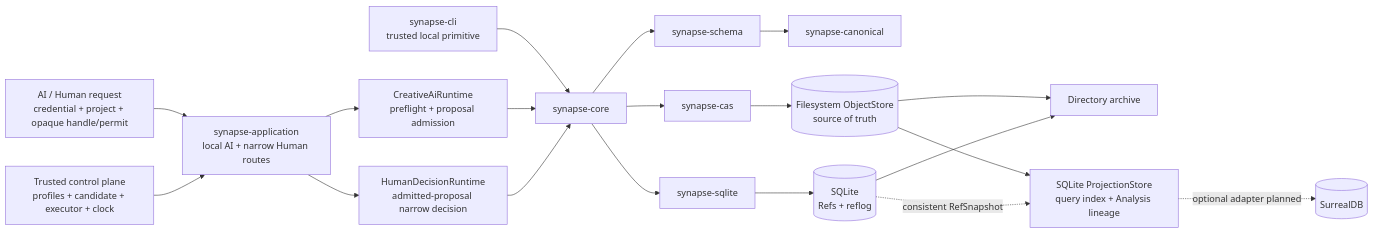
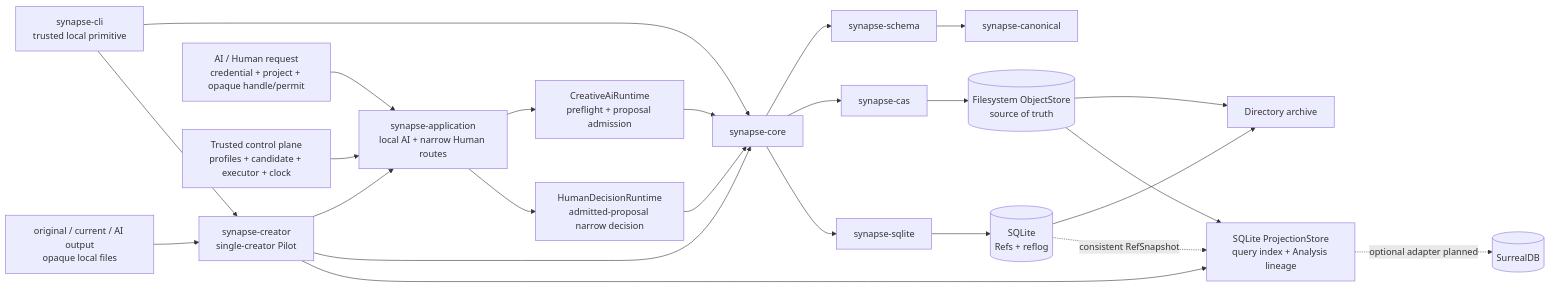
Before and after one commit to howlrs/synapsegit: the second of 2 diagrams in README.md, drawn with Mermaid. The commit also changed other lines of this file and 16 other files, not shown here.

Commit message:
feat: add local creator pilot workflow

````diff
--- a/README.md
+++ b/README.md
@@ -182,21 +231,26 @@
 ```mermaid
 flowchart LR
     CLI["synapse-cli<br/>trusted local primitive"] --> Core[synapse-core]
+    Files["original / current / AI output<br/>opaque local files"] --> Creator["synapse-creator<br/>single-creator Pilot"]
+    CLI --> Creator
     Request["AI / Human request<br/>credential + project + opaque handle/permit"] --> App["synapse-application<br/>local AI + narrow Human routes"]
     Control["Trusted control plane<br/>profiles + candidate + executor + clock"] --> App
+    Creator --> App
+    Creator --> Core
     App --> AIRuntime["CreativeAiRuntime<br/>preflight + proposal admission"]
     App --> HRuntime["HumanDecisionRuntime<br/>admitted-proposal narrow decision"]
     AIRuntime --> Core
     HRuntime --> Core
     Core --> Schema[synapse-schema]
     Schema --> Canon[synapse-canonical]
     Core --> Store[synapse-cas]
     Core --> Refs[synapse-sqlite]
     Store --> CAS[("Filesystem ObjectStore<br/>source of truth")]
     Refs --> DB[("SQLite<br/>Refs + reflog")]
     CAS --> Archive[Directory archive]
     DB --> Archive
     CAS --> Projection["SQLite ProjectionStore<br/>query index + Analysis lineage"]
     DB -. consistent RefSnapshot .-> Projection
+    Creator --> Projection
     Projection -. optional adapter planned .-> SurrealDB[(SurrealDB)]
 ```
````
